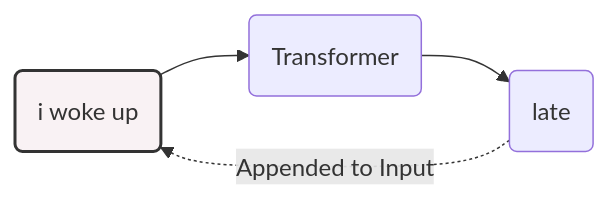
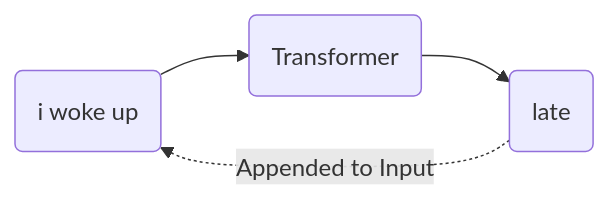
The first of 2 diagrams in blog/content/preface.md (Lyd1aCla1r3/lyd1acla1r3.github.io), drawn with Mermaid before and after one commit. The commit also changed 3 other files, not shown here.

Commit message:
Fix table styling and remove mermaid hardcoded black strokes

````diff
--- a/blog/content/preface.md
+++ b/blog/content/preface.md
@@ -42,7 +42,6 @@
 ```mermaid
 graph LR
     A("<BOS> i woke up") --> B("Transformer")
     B --> C("late")
     C -.->|Appended to Input| A
-    style A fill:#f9f2f4,stroke:#333,stroke-width:2px
 ```
````
